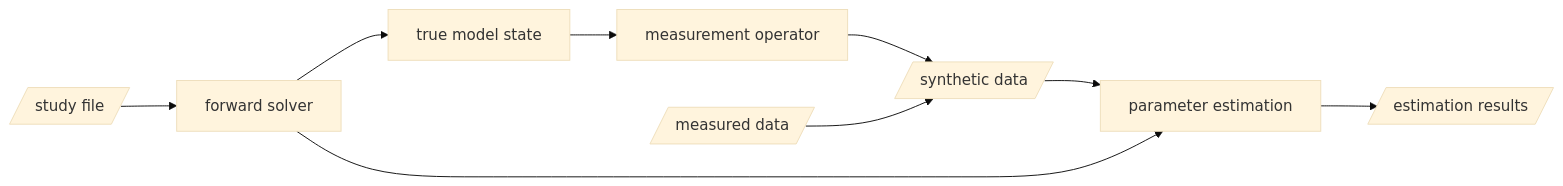
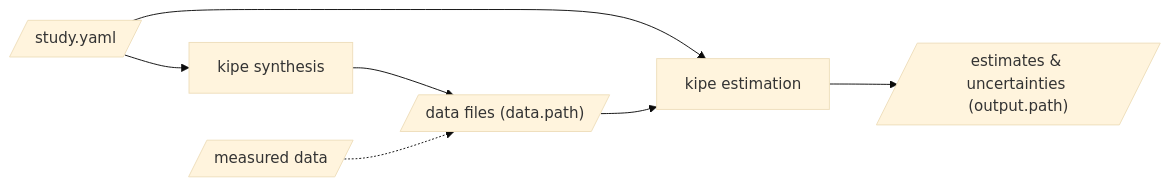
One commit to cardiomath/kipe changed the diagram in docs/source/user_guide/anatomy.rst. Above: the diagram before and after it, drawn with Mermaid (base theme). The commit also changed other lines of this file, not shown here.

```diff
--- a/docs/source/user_guide/anatomy.rst
+++ b/docs/source/user_guide/anatomy.rst
@@ -15,11 +19,9 @@
 .. mermaid::
 
-   flowchart LR
-       study[/"study file"/] --> solver["forward solver"]
-       solver --> truth["true model state"]
-       truth --> operator["measurement operator"]
-       operator --> data[/"synthetic data"/]
-       measured[/"measured data"/] --> data
-       data --> estimate["parameter estimation"]
-       solver --> estimate
-       estimate --> history[/"estimation results"/]
+    flowchart LR
+        study[/"study.yaml"/] --> synthesis["kipe synthesis"]
+        synthesis --> data[/"data files (data.path)"/]
+        measured[/"measured data"/] -.-> data
+        study --> estimation["kipe estimation"]
+        data --> estimation
+        estimation --> results[/"estimates & uncertainties (output.path)"/]
```
